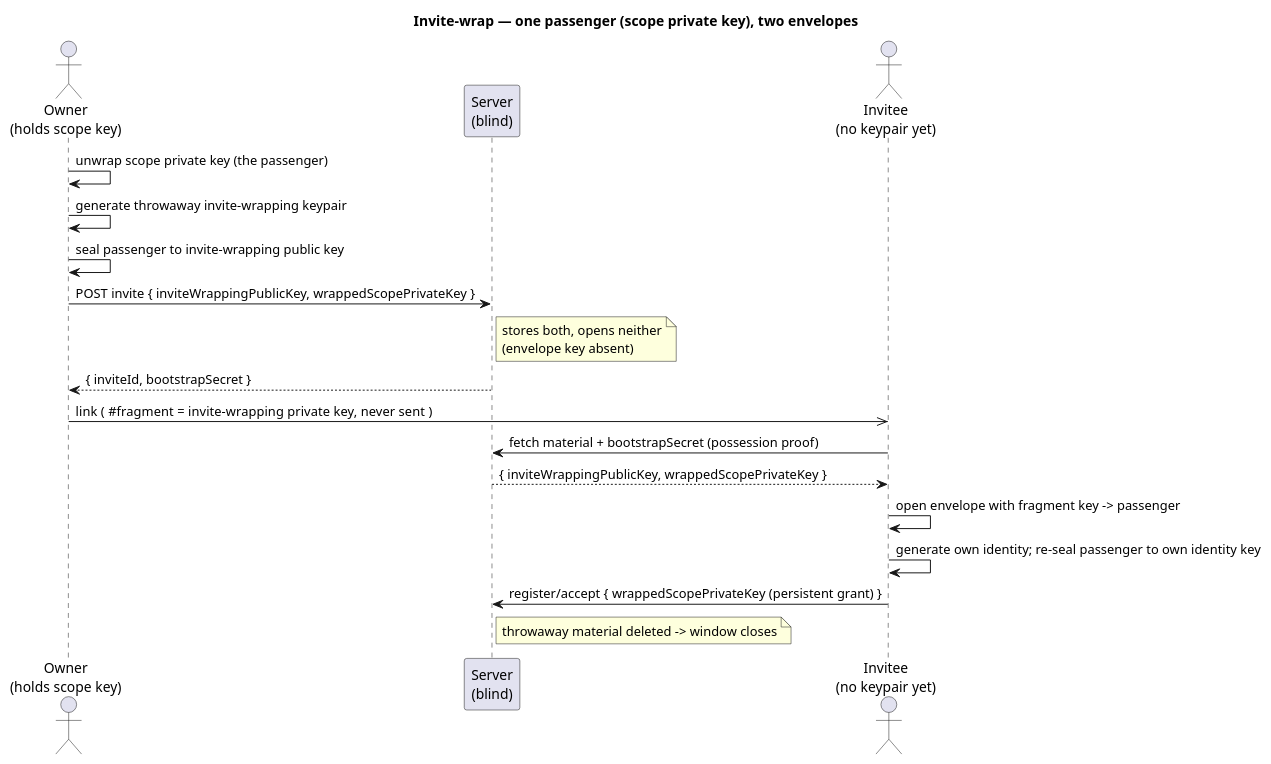
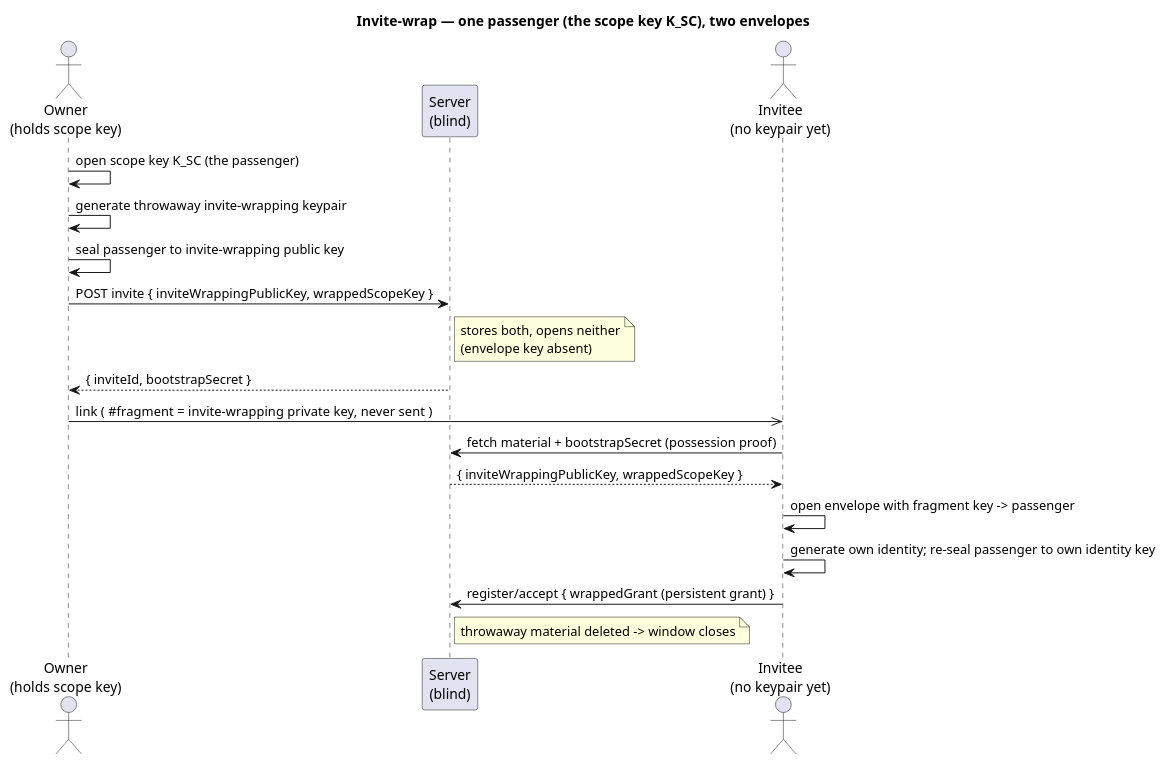
Before and after one commit to raddatzk/veyq-no-e2ee: the second of 2 diagrams in docs/crosscutting/scopes-and-tenancy.md, drawn with PlantUML. The commit also changed other lines of this file and 10 other files, not shown here.

````diff
--- a/docs/crosscutting/scopes-and-tenancy.md
+++ b/docs/crosscutting/scopes-and-tenancy.md
@@ -147,23 +151,23 @@
 ```plantuml
 @startuml
-title Invite-wrap — one passenger (scope private key), two envelopes
+title Invite-wrap — one passenger (the scope key K_SC), two envelopes
 skinparam shadowing false
 actor "Owner\n(holds scope key)" as O
 participant "Server\n(blind)" as S
 actor "Invitee\n(no keypair yet)" as I
 
-O -> O : unwrap scope private key (the passenger)
+O -> O : open scope key K_SC (the passenger)
 O -> O : generate throwaway invite-wrapping keypair
 O -> O : seal passenger to invite-wrapping public key
-O -> S : POST invite { inviteWrappingPublicKey, wrappedScopePrivateKey }
+O -> S : POST invite { inviteWrappingPublicKey, wrappedScopeKey }
 note right of S : stores both, opens neither\n(envelope key absent)
 S --> O : { inviteId, bootstrapSecret }
 O ->> I : link  ( #fragment = invite-wrapping private key, never sent )
 I -> S : fetch material + bootstrapSecret (possession proof)
-S --> I : { inviteWrappingPublicKey, wrappedScopePrivateKey }
+S --> I : { inviteWrappingPublicKey, wrappedScopeKey }
 I -> I : open envelope with fragment key -> passenger
 I -> I : generate own identity; re-seal passenger to own identity key
-I -> S : register/accept { wrappedScopePrivateKey (persistent grant) }
+I -> S : register/accept { wrappedGrant (persistent grant) }
 note right of S : throwaway material deleted -> window closes
 @enduml
 ```
````
